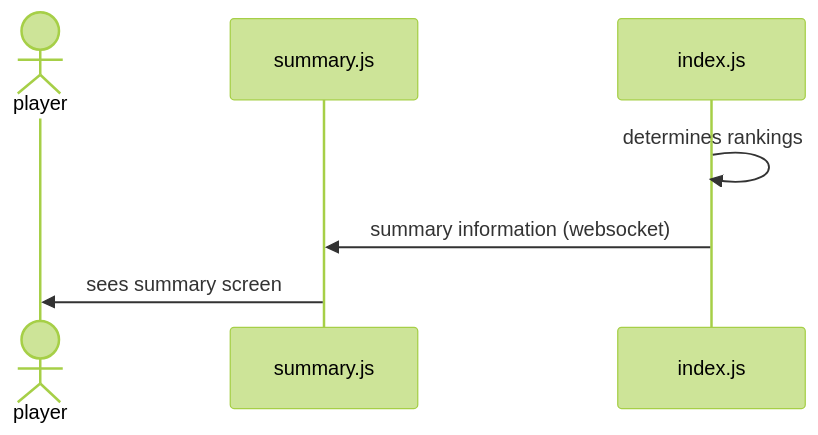
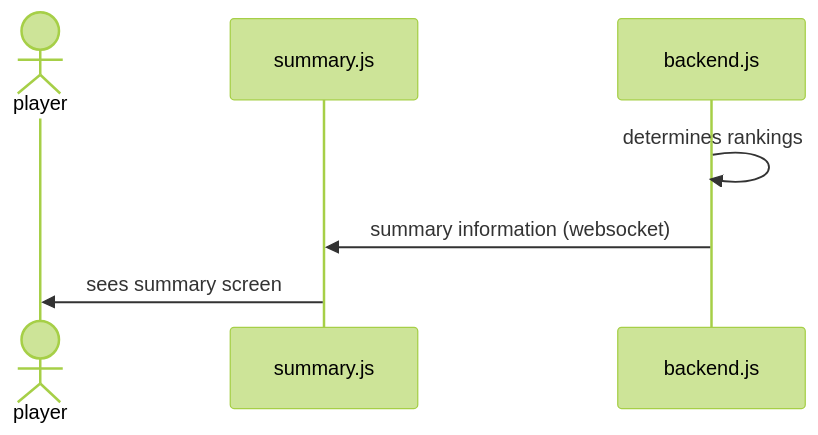
Diagram 13 of 13 in documentation/docs/system-architecture/design.md (Capstone-Projects-2025-Spring/project-aac-game-team-a), drawn with Mermaid (forest theme) before and after one commit. The commit also changed other lines of this file, not shown here.

Commit message:
added necessary return arrows and explained diagram steps

````diff
--- a/documentation/docs/system-architecture/design.md
+++ b/documentation/docs/system-architecture/design.md
@@ -301,12 +309,12 @@
 ```mermaid
 sequenceDiagram
 
 actor player
 participant summary.js
-participant index.js
-index.js ->> index.js: determines rankings
-index.js ->> summary.js: summary information (websocket)
+participant backend.js
+backend.js ->> backend.js: determines rankings
+backend.js ->> summary.js: summary information (websocket)
 summary.js ->> player: sees summary screen
 
 
 ```
````
